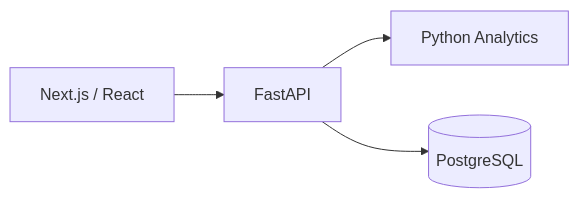
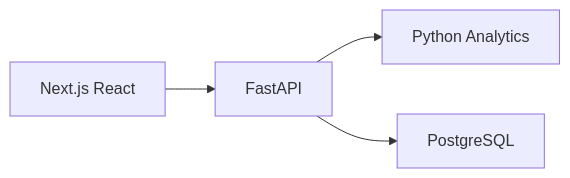
Before and after one commit to the-nidhi-bhat/mplads-sentinel: diagram 16 of 17 in README.md, drawn with Mermaid. The commit also changed other lines of this file, not shown here.

````diff
--- a/README.md
+++ b/README.md
@@ -706,6 +705,6 @@
 ```mermaid
-flowchart LR
-    A["Next.js / React"] --> B["FastAPI"]
-    B --> C["Python Analytics"]
-    B --> D[("PostgreSQL")]
+graph LR
+    A[Next.js React] --> B[FastAPI]
+    B --> C[Python Analytics]
+    B --> D[PostgreSQL]
 ```
````
